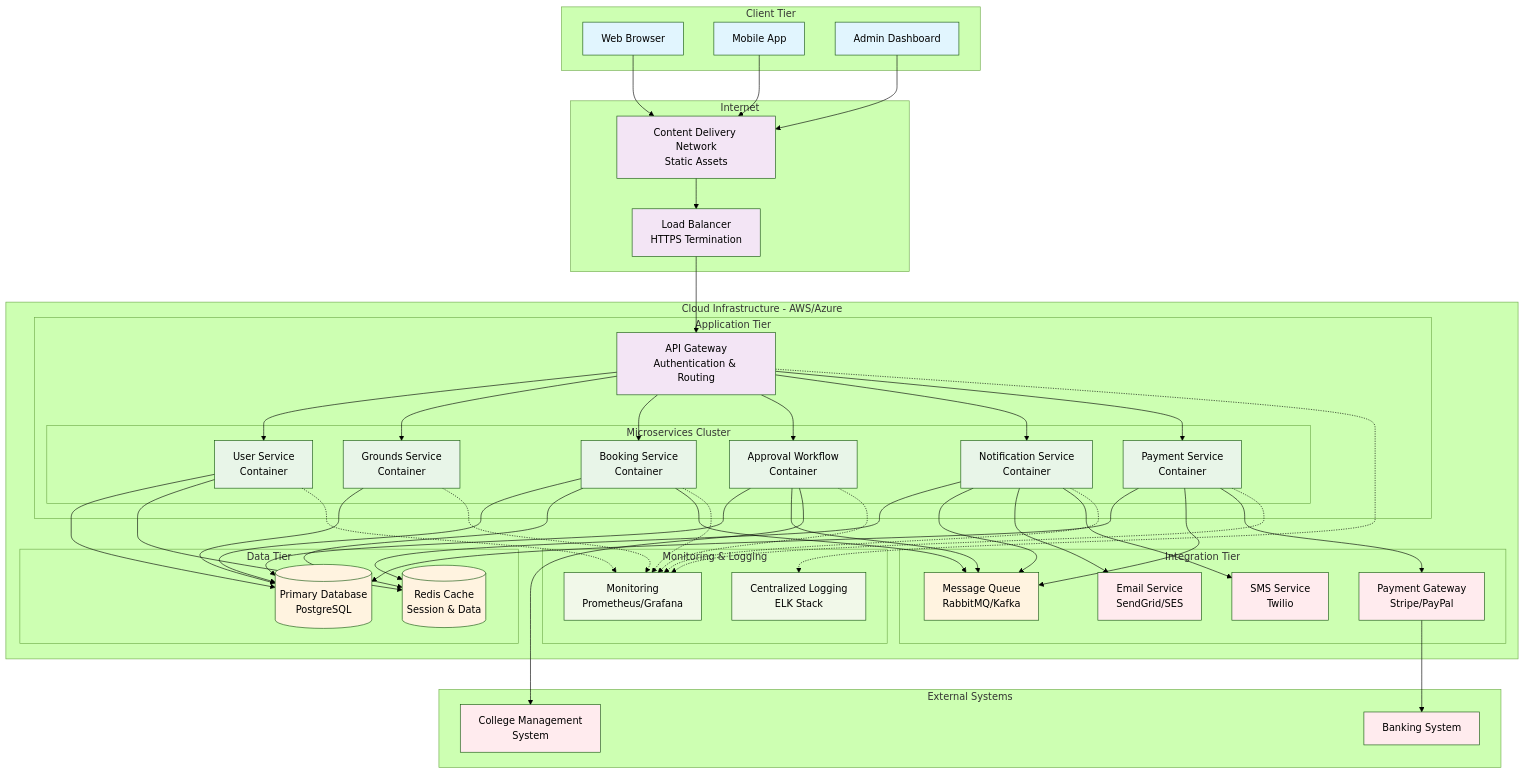
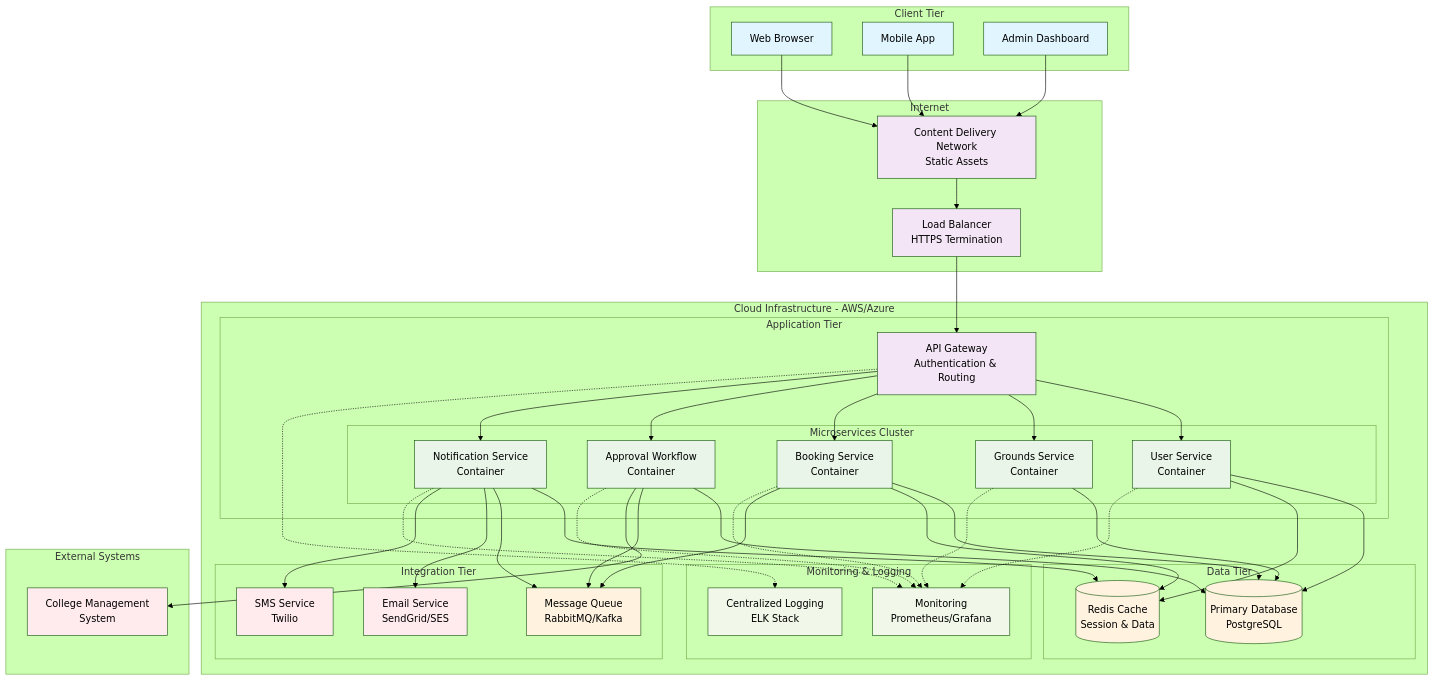
One commit to Rynorbu/document- changed the first of 2 diagrams in phyarch.md. Above: the diagram before and after it, drawn with Mermaid (forest theme). The commit also changed other lines of this file and 5 other files, not shown here.

````diff
--- a/phyarch.md
+++ b/phyarch.md
@@ -65,7 +65,6 @@
                 BS[Booking Service<br/>Container]
                 AWS[Approval Workflow<br/>Container]
                 NS[Notification Service<br/>Container]
-                PS[Payment Service<br/>Container]
             end
         end
         
@@ -77,7 +76,6 @@
         subgraph "Integration Tier"
             MSG[Message Queue<br/>RabbitMQ/Kafka]
             MAIL[Email Service<br/>SendGrid/SES]
-            PAY[Payment Gateway<br/>Stripe/PayPal]
             SMS[SMS Service<br/>Twilio]
         end
         
@@ -88,7 +86,6 @@
     end
     
     subgraph "External Systems"
-        BANK[Banking System]
         COLLEGE[College Management<br/>System]
     end
 
@@ -105,7 +102,6 @@
     API --> BS
     API --> AWS
     API --> NS
-    API --> PS
     
     %% Service to data connections
     US --> DB
@@ -113,7 +109,6 @@
     BS --> DB
     AWS --> DB
     NS --> CACHE
-    PS --> DB
     
     %% Cache connections
     US --> CACHE
@@ -123,13 +118,10 @@
     BS --> MSG
     AWS --> MSG
     NS --> MSG
-    PS --> MSG
     
     %% External service connections
     NS --> MAIL
     NS --> SMS
-    PS --> PAY
-    PAY --> BANK
     AWS --> COLLEGE
     
     %% Monitoring connections
@@ -138,7 +130,6 @@
     BS -.-> MON
     AWS -.-> MON
     NS -.-> MON
-    PS -.-> MON
     API -.-> LOG
 
     %% Styling
@@ -151,8 +142,8 @@
     
     class WEB,MOB,ADMIN client
     class CDN,LB,API infrastructure
-    class US,GS,BS,AWS,NS,PS application
+    class US,GS,BS,AWS,NS application
     class DB,CACHE,MSG data
-    class BANK,COLLEGE,MAIL,SMS,PAY external
+    class COLLEGE,MAIL,SMS external
     class MON,LOG monitoring
 ```
````
